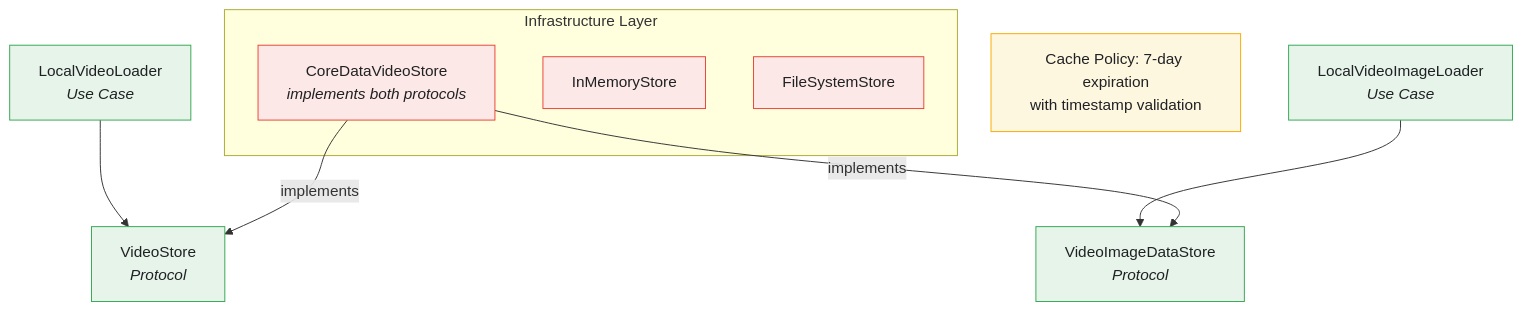
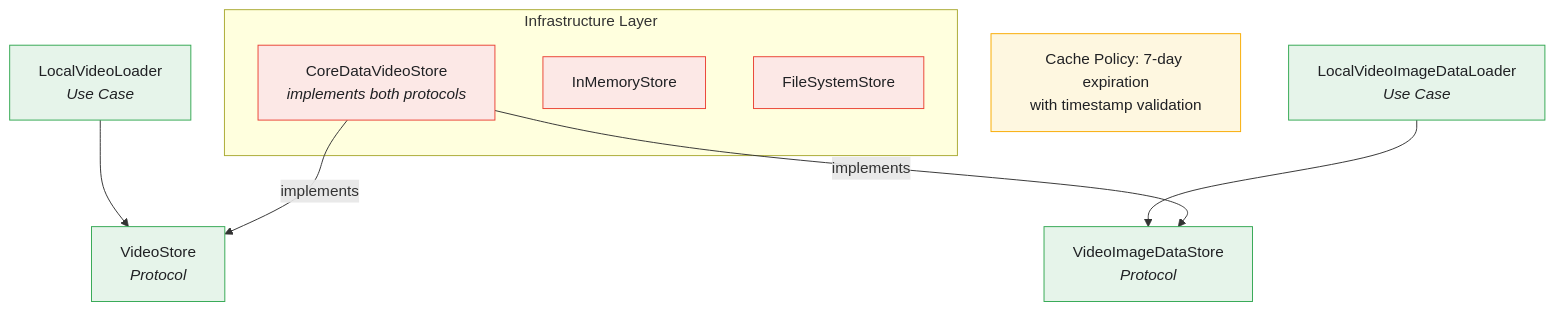
The first of 2 diagrams in docs/CACHING-INFRASTRUCTURE.md (tattva20/StreamingVideoApp), drawn with Mermaid before and after one commit. The commit also changed other lines of this file and 43 other files, not shown here.

````diff
--- a/docs/CACHING-INFRASTRUCTURE.md
+++ b/docs/CACHING-INFRASTRUCTURE.md
@@ -9,28 +9,28 @@
 ```mermaid
 flowchart TB
     classDef core fill:#e6f4ea,stroke:#34a853,color:#202124;
     classDef neutral fill:#fef7e0,stroke:#f9ab00,color:#202124;
     classDef impure fill:#fce8e6,stroke:#ea4335,color:#202124;
     loader["LocalVideoLoader<br/><i>Use Case</i>"]
-    imageLoader["LocalVideoImageLoader<br/><i>Use Case</i>"]
+    imageLoader["LocalVideoImageDataLoader<br/><i>Use Case</i>"]
     videoStore["VideoStore<br/><i>Protocol</i>"]
     imageStore["VideoImageDataStore<br/><i>Protocol</i>"]
     subgraph infra["Infrastructure Layer"]
         coreData["CoreDataVideoStore<br/><i>implements both protocols</i>"]
         inMemory["InMemoryStore"]
         fileSystem["FileSystemStore"]
     end
     loader --> videoStore
     imageLoader --> imageStore
     coreData -->|implements| videoStore
     coreData -->|implements| imageStore
     policy["Cache Policy: 7-day expiration<br/>with timestamp validation"]
     class loader core
     class imageLoader core
     class videoStore core
     class imageStore core
     class coreData impure
     class inMemory impure
     class fileSystem impure
     class policy neutral
 ```
````
